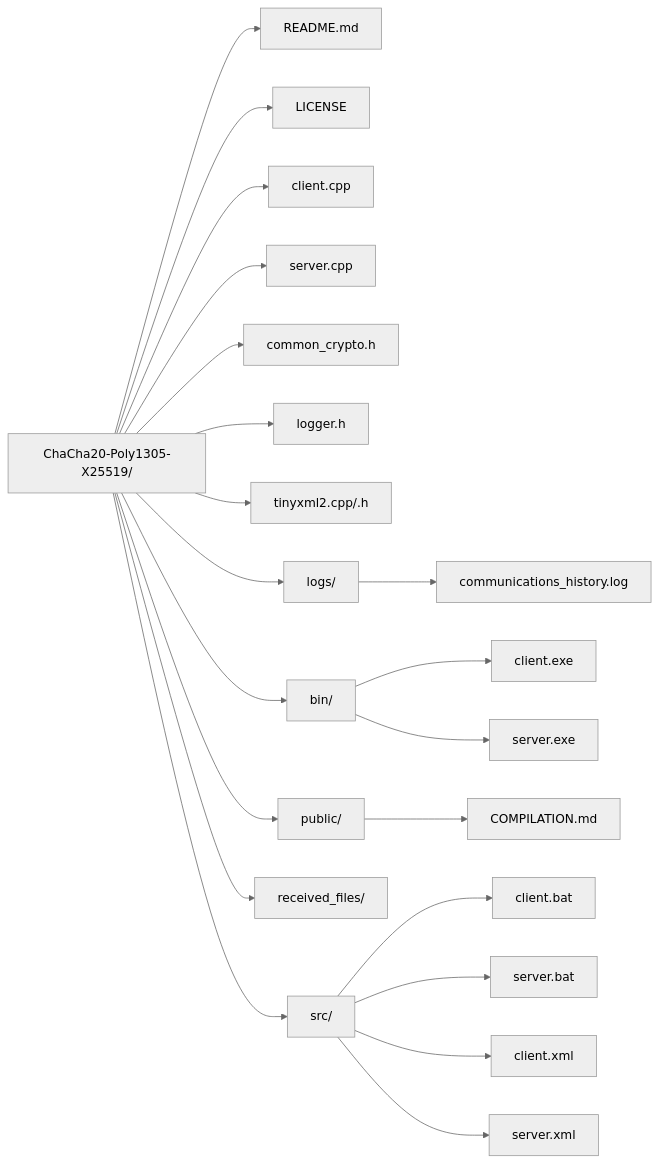
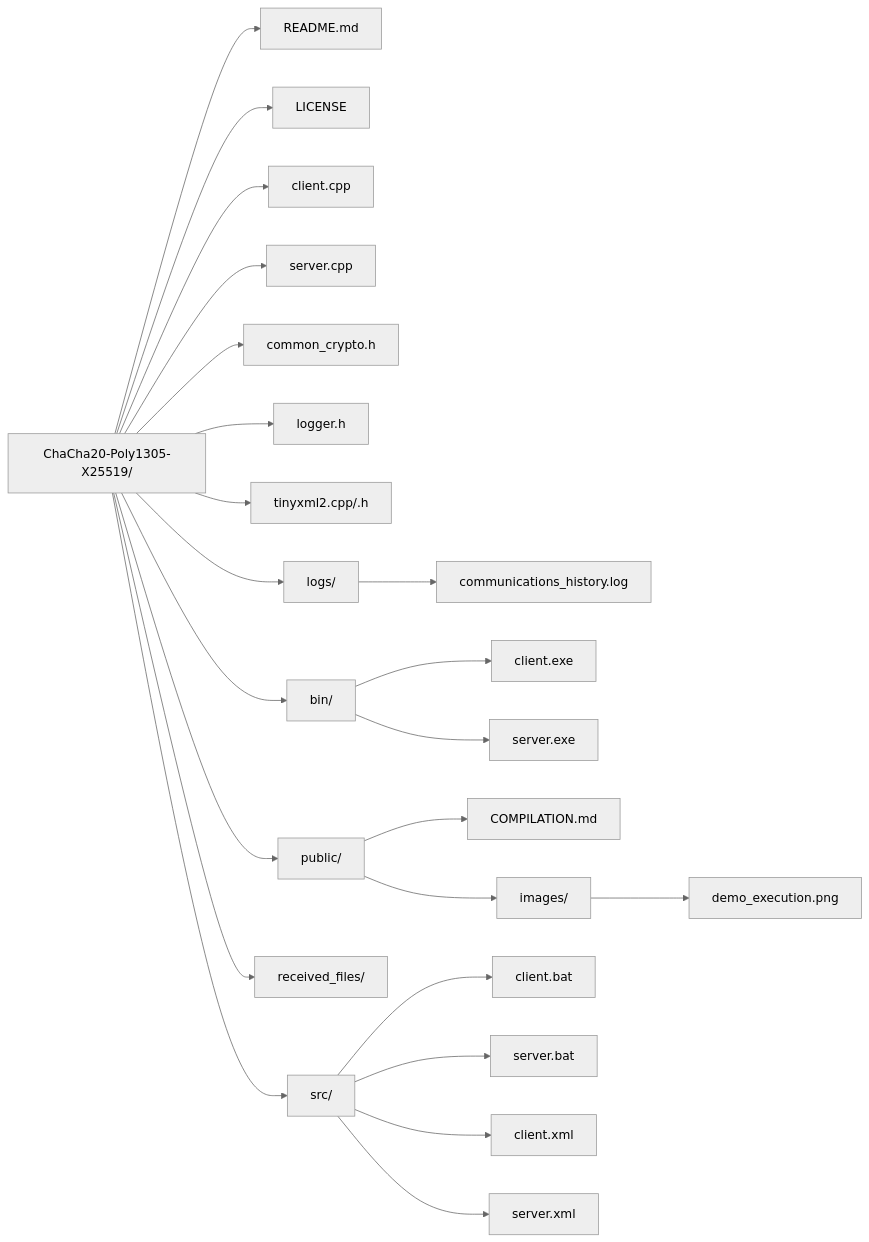
Before and after one commit to marichu-kt/ChaCha20-Poly1305: the diagram in README.md, drawn with Mermaid (neutral theme).

````diff
--- a/README.md
+++ b/README.md
@@ -52,28 +52,30 @@
 ```mermaid
 graph LR
     A[ChaCha20-Poly1305-X25519/] --> A1[README.md]
     A --> A2[LICENSE]
     A --> A3[client.cpp]
     A --> A4[server.cpp]
     A --> A5[common_crypto.h]
     A --> A6[logger.h]
     A --> A7[tinyxml2.cpp/.h]
 
     A --> B[logs/]
     B --> B1[communications_history.log]
 
     A --> C[bin/]
     C --> C1[client.exe]
     C --> C2[server.exe]
 
     A --> D[public/]
     D --> D1[COMPILATION.md]
+    D --> D2[images/]
+    D2 --> D3[demo_execution.png]
 
     A --> E[received_files/]
 
     A --> F[src/]
     F --> F1[client.bat]
     F --> F2[server.bat]
     F --> F3[client.xml]
     F --> F4[server.xml]
 ```
````
